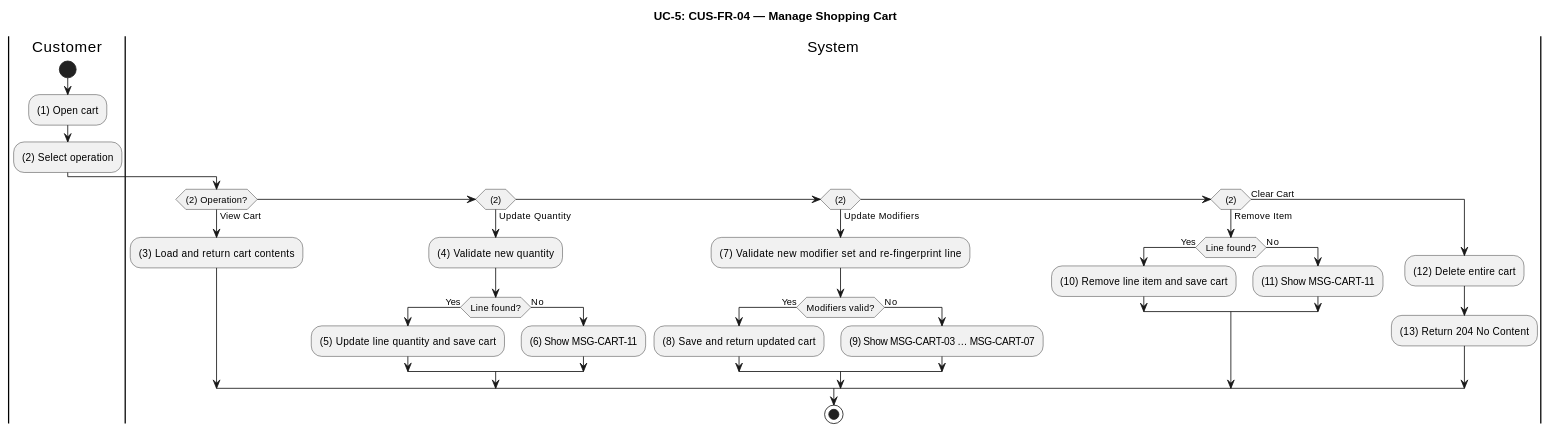
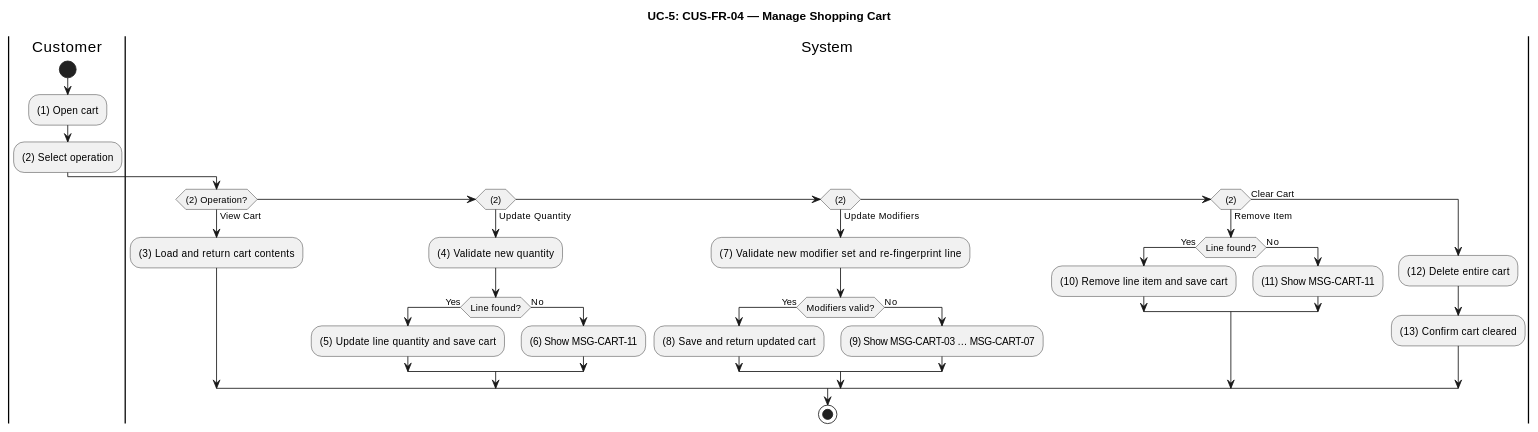
One commit to luubinhdeptrai/Food_Delivery changed the fifth of 26 diagrams in apps/api/docs/Final_Documents/SRS_FoodDelivery.md. Above: the diagram before and after it, drawn with PlantUML. The commit also changed other lines of this file, not shown here.

````diff
--- a/apps/api/docs/Final_Documents/SRS_FoodDelivery.md
+++ b/apps/api/docs/Final_Documents/SRS_FoodDelivery.md
@@ -376,40 +396,40 @@
 ```plantuml
 @startuml UC5-Manage-Cart
 title UC-5: CUS-FR-04 — Manage Shopping Cart
 skinparam ConditionEndStyle hline
 
 |Customer|
 start
 :(1) Open cart;
 :(2) Select operation;
 
 |System|
 if ((2) Operation?) then (View Cart)
   :(3) Load and return cart contents;
 elseif ((2)) then (Update Quantity)
   :(4) Validate new quantity;
   if (Line found?) then (Yes)
     :(5) Update line quantity and save cart;
   else (No)
     :(6) Show MSG-CART-11;
   endif
 elseif ((2)) then (Update Modifiers)
   :(7) Validate new modifier set and re-fingerprint line;
   if (Modifiers valid?) then (Yes)
     :(8) Save and return updated cart;
   else (No)
     :(9) Show MSG-CART-03 … MSG-CART-07;
   endif
 elseif ((2)) then (Remove Item)
   if (Line found?) then (Yes)
     :(10) Remove line item and save cart;
   else (No)
     :(11) Show MSG-CART-11;
   endif
 else (Clear Cart)
   :(12) Delete entire cart;
-  :(13) Return 204 No Content;
+  :(13) Confirm cart cleared;
 endif
 stop
 @enduml
 ```
````
